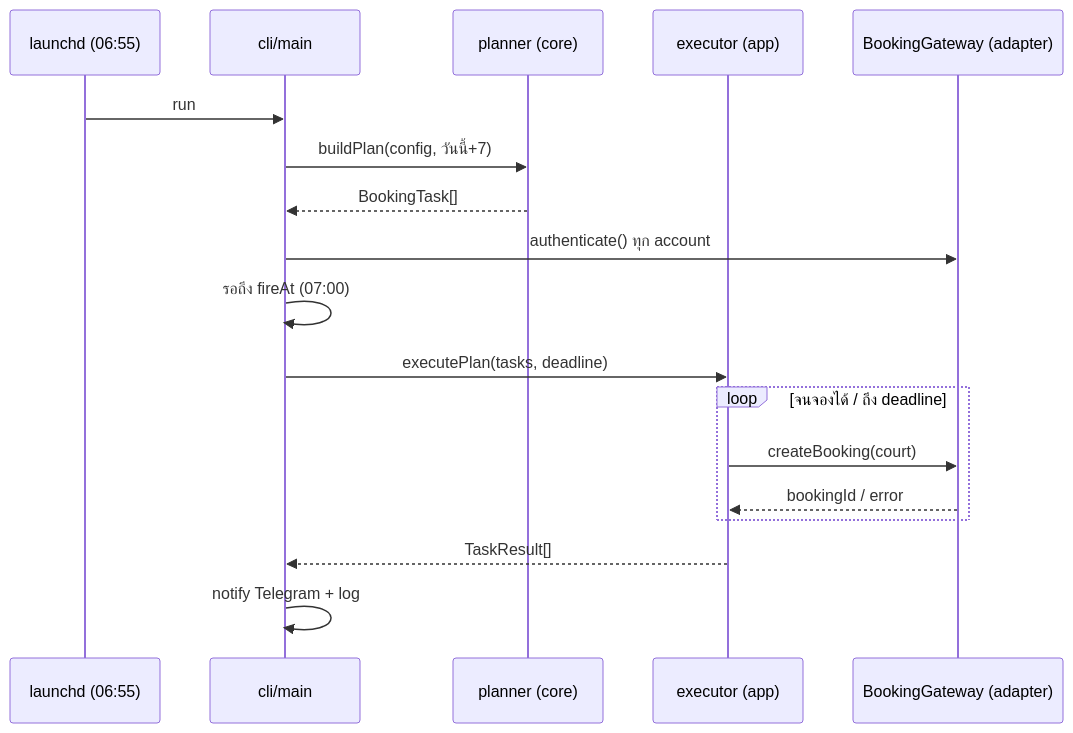
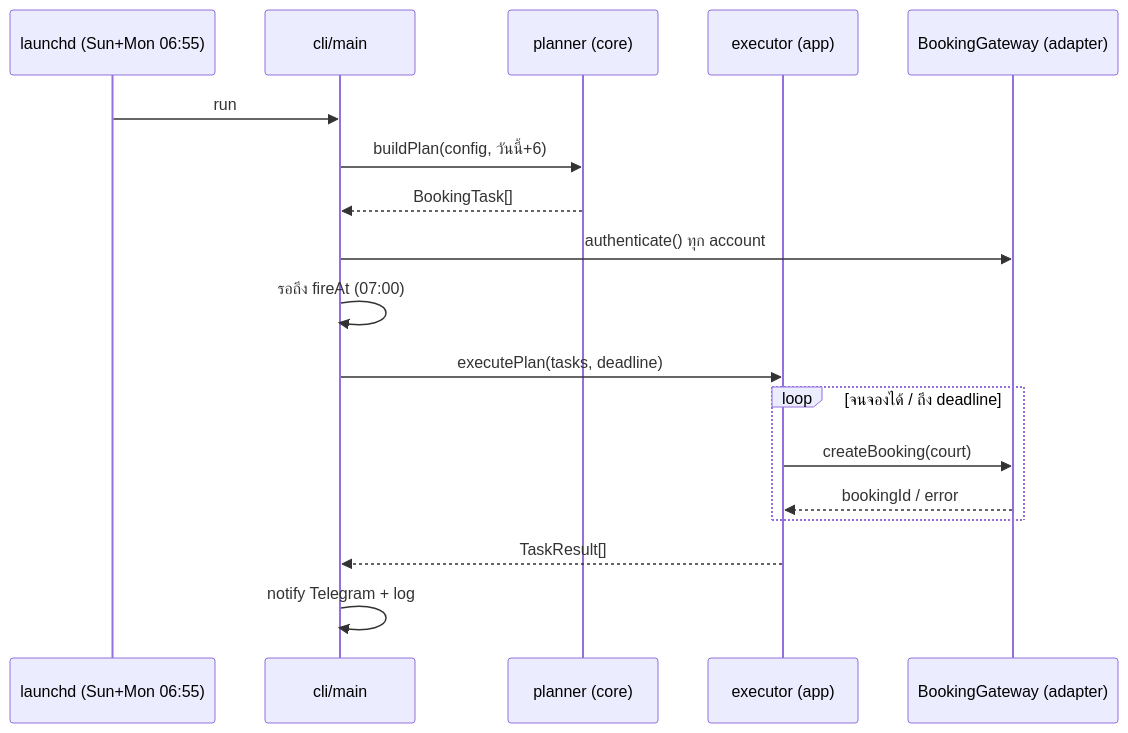
One commit to onepiecepuracr-satod07/botbookyoucourt changed the second of 2 diagrams in README.md. Above: the diagram before and after it, drawn with Mermaid. The commit also changed other lines of this file, not shown here.

````diff
--- a/README.md
+++ b/README.md
@@ -85,20 +87,20 @@
 ```mermaid
 sequenceDiagram
-  participant L as launchd (06:55)
+  participant L as launchd (Sun+Mon 06:55)
   participant C as cli/main
   participant P as planner (core)
   participant E as executor (app)
   participant G as BookingGateway (adapter)
   L->>C: run
-  C->>P: buildPlan(config, วันนี้+7)
+  C->>P: buildPlan(config, วันนี้+6)
   P-->>C: BookingTask[]
   C->>G: authenticate() ทุก account
   C->>C: รอถึง fireAt (07:00)
   C->>E: executePlan(tasks, deadline)
   loop จนจองได้ / ถึง deadline
     E->>G: createBooking(court)
     G-->>E: bookingId / error
   end
   E-->>C: TaskResult[]
   C->>C: notify Telegram + log
 ```
````
